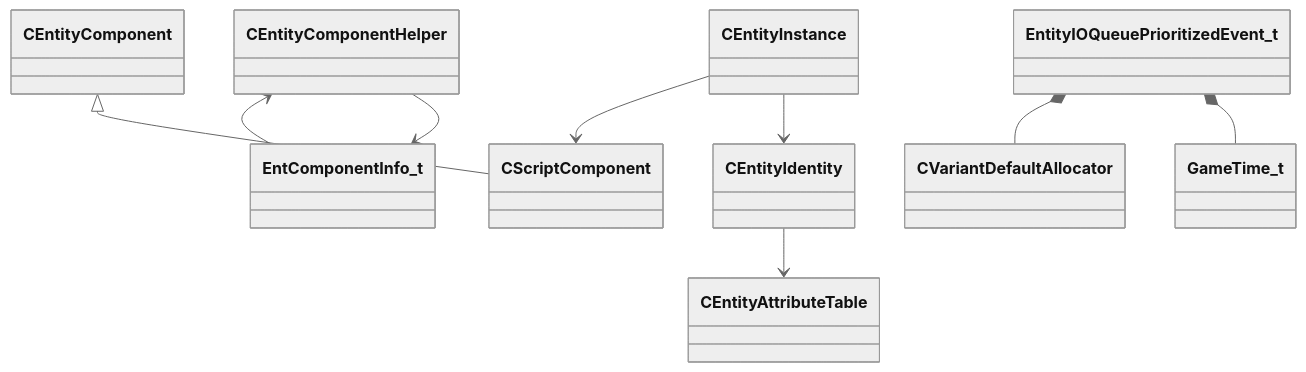
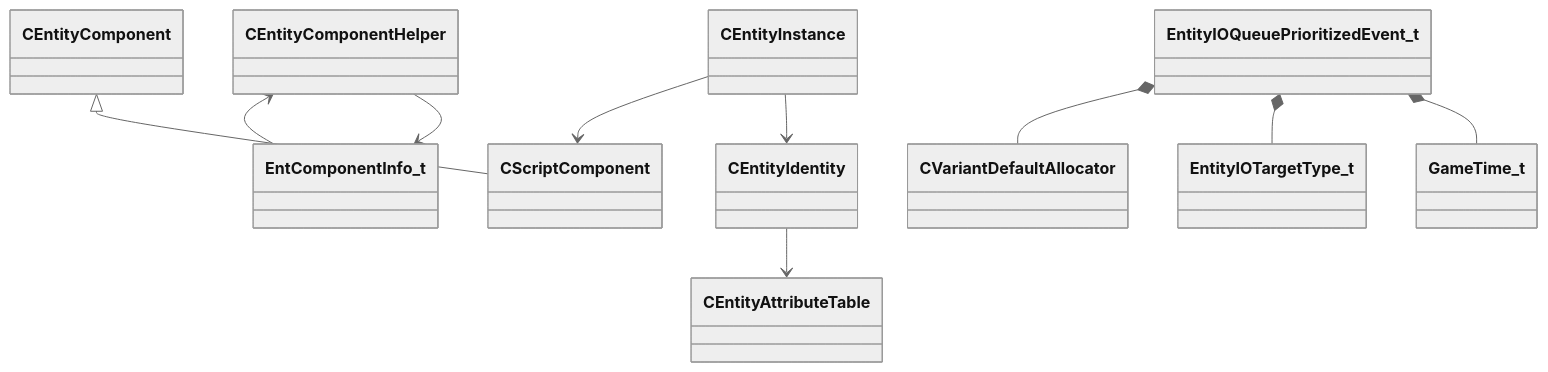
One commit to CS2OpenDev/CS2OpenDev-Docs changed the diagram in docs/generated/diagrams/entity2.md. Above: the diagram before and after it, drawn with Mermaid (neutral theme). The commit also changed 2956 other files, not shown here.

````diff
--- a/docs/generated/diagrams/entity2.md
+++ b/docs/generated/diagrams/entity2.md
@@ -14,11 +14,12 @@
 ```mermaid
 classDiagram
     CEntityComponent <|-- CScriptComponent
     CEntityComponentHelper --> EntComponentInfo_t
     EntComponentInfo_t --> CEntityComponentHelper
     EntityIOQueuePrioritizedEvent_t *-- GameTime_t
+    EntityIOQueuePrioritizedEvent_t *-- EntityIOTargetType_t
     EntityIOQueuePrioritizedEvent_t *-- CVariantDefaultAllocator
     CEntityIdentity --> CEntityAttributeTable
     CEntityInstance --> CEntityIdentity
     CEntityInstance --> CScriptComponent
 ```
````
